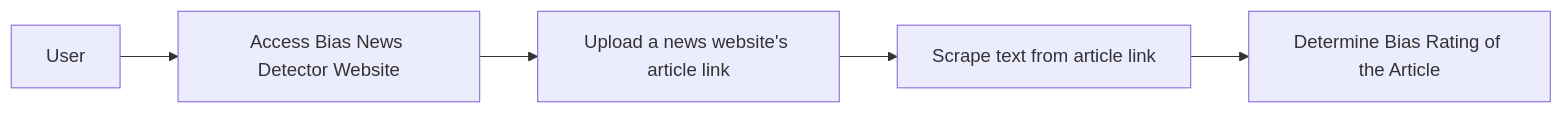
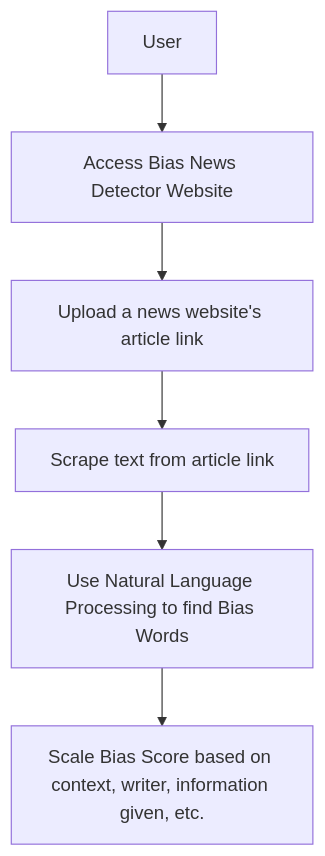
Before and after one commit to JordanDotPy/Senior_Capstone: the third of 3 diagrams in homeworks/assignment4_design_diagrams.md, drawn with Mermaid. The commit also changed other lines of this file, not shown here.

````diff
--- a/homeworks/assignment4_design_diagrams.md
+++ b/homeworks/assignment4_design_diagrams.md
@@ -23,8 +23,9 @@
 ```mermaid
-graph LR;
+graph TD;
     A[User] --> B;
     B[Access Bias News Detector Website] --> C;
     C[Upload a news website's article link] --> D;
     D[Scrape text from article link] --> E;
-    E[Determine Bias Rating of the Article];
+    E[Use Natural Language Processing to find Bias Words] --> F;
+    F[Scale Bias Score based on context, writer, information given, etc.]
 ```
````
